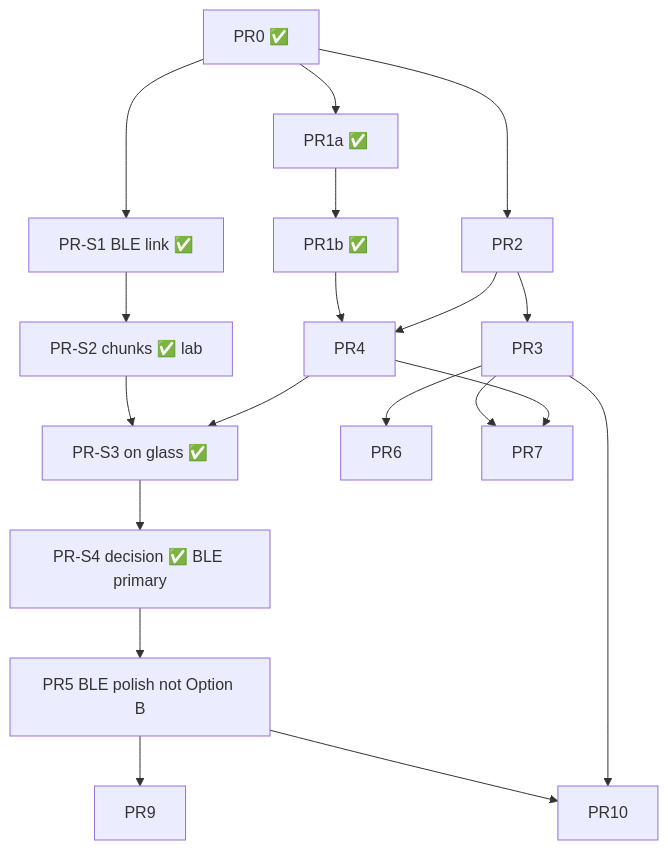
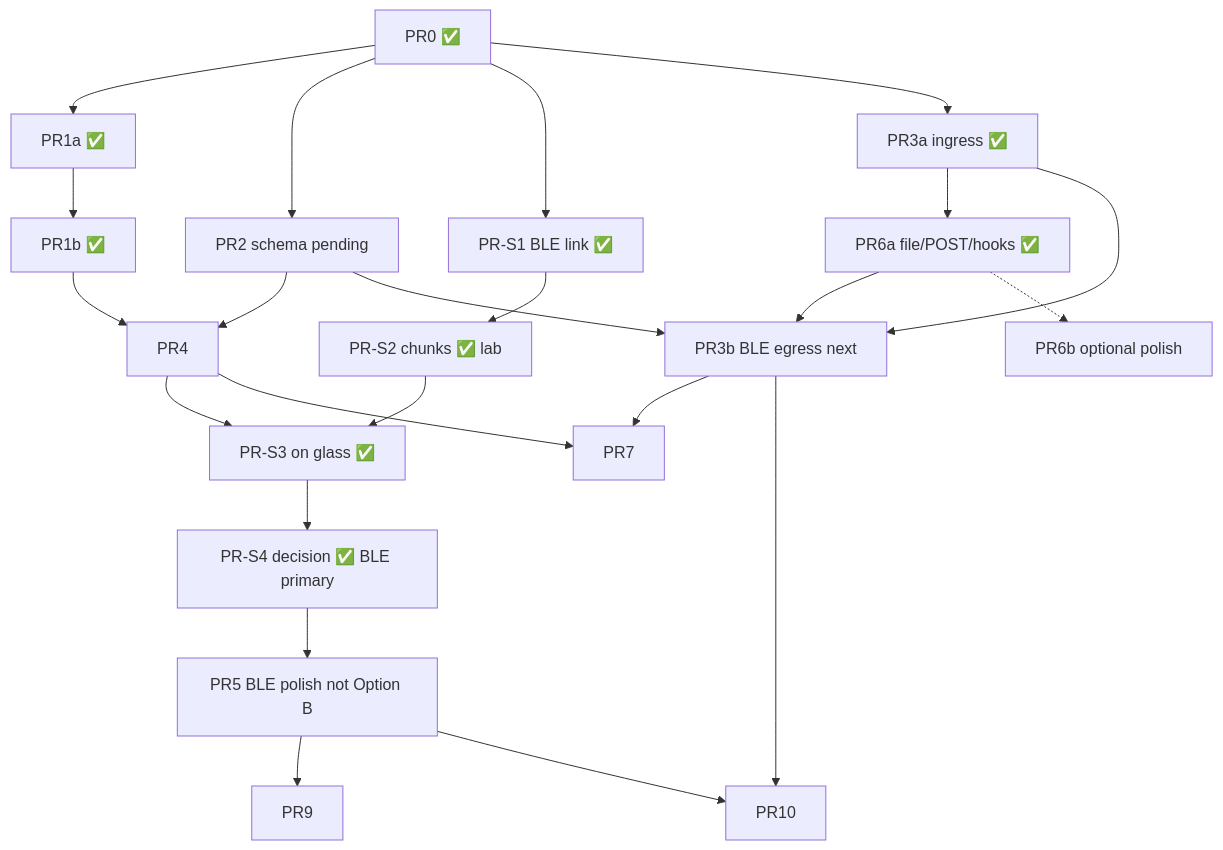
One commit to bakkerme/agent-control-deck changed the third of 3 diagrams in docs/mvp-product-design.md. Above: the diagram before and after it, drawn with Mermaid. The commit also changed other lines of this file, not shown here.

First line of the commit message:
docs: rev 2.8 — split PR3/PR6 into ingress done vs egress remaining

````diff
--- a/docs/mvp-product-design.md
+++ b/docs/mvp-product-design.md
@@ -1228,20 +1277,24 @@
 ```mermaid
 flowchart TD
   PR0[PR0 ✅] --> PR1a[PR1a ✅] --> PR1b[PR1b ✅]
-  PR0 --> PR2
+  PR0 --> PR2[PR2 schema pending]
   PR0 --> PRS1[PR-S1 BLE link ✅]
   PRS1 --> PRS2[PR-S2 chunks ✅ lab]
   PR1b --> PR4
   PR2 --> PR4
-  PR2 --> PR3
   PRS2 --> PRS3[PR-S3 on glass ✅]
   PR4 --> PRS3
   PRS3 --> PRS4[PR-S4 decision ✅ BLE primary]
   PRS4 --> PR5[PR5 BLE polish not Option B]
-  PR3 --> PR6
-  PR3 --> PR7
+  PR0 --> PR3a[PR3a ingress ✅]
+  PR3a --> PR6a[PR6a file/POST/hooks ✅]
+  PR3a --> PR3b[PR3b BLE egress next]
+  PR6a --> PR3b
+  PR2 --> PR3b
+  PR3b --> PR7
   PR4 --> PR7
+  PR3b --> PR10
   PR5 --> PR9
   PR5 --> PR10
-  PR3 --> PR10
+  PR6a -.-> PR6b[PR6b optional polish]
 ```
````
